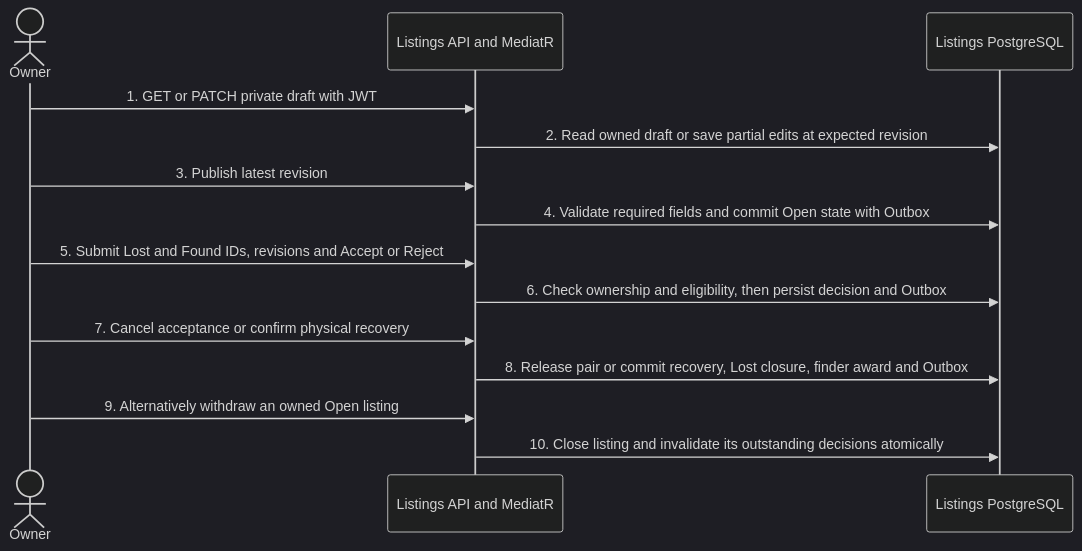
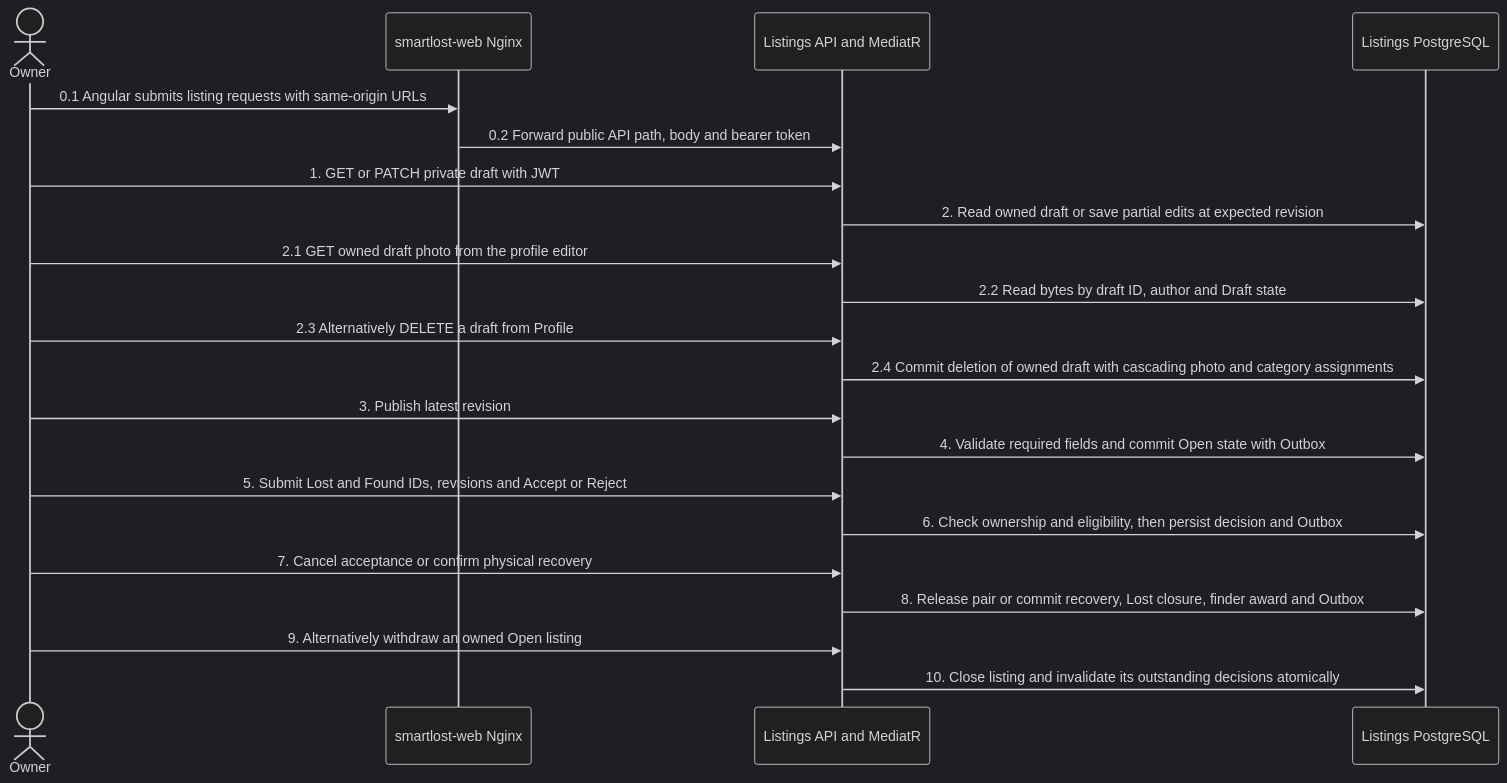
The third of 16 diagrams in src/Services/Listings/COMMUNICATION.md (bogdan-spilevoi/ASET-master-year-1), drawn with Mermaid (dark theme) before and after one commit. The commit also changed other lines of this file and 135 other files, not shown here.

First line of the commit message:
Add Angular web app and listing workflows

````diff
--- a/src/Services/Listings/COMMUNICATION.md
+++ b/src/Services/Listings/COMMUNICATION.md
@@ -12,16 +42,23 @@
 ```mermaid
 sequenceDiagram
     actor Owner
+    participant Web as smartlost-web Nginx
     participant API as Listings API and MediatR
     participant DB as Listings PostgreSQL
+    Owner->>Web: 0.1 Angular submits listing requests with same-origin URLs
+    Web->>API: 0.2 Forward public API path, body and bearer token
     Owner->>API: 1. GET or PATCH private draft with JWT
     API->>DB: 2. Read owned draft or save partial edits at expected revision
+    Owner->>API: 2.1 GET owned draft photo from the profile editor
+    API->>DB: 2.2 Read bytes by draft ID, author and Draft state
+    Owner->>API: 2.3 Alternatively DELETE a draft from Profile
+    API->>DB: 2.4 Commit deletion of owned draft with cascading photo and category assignments
     Owner->>API: 3. Publish latest revision
     API->>DB: 4. Validate required fields and commit Open state with Outbox
     Owner->>API: 5. Submit Lost and Found IDs, revisions and Accept or Reject
     API->>DB: 6. Check ownership and eligibility, then persist decision and Outbox
     Owner->>API: 7. Cancel acceptance or confirm physical recovery
     API->>DB: 8. Release pair or commit recovery, Lost closure, finder award and Outbox
     Owner->>API: 9. Alternatively withdraw an owned Open listing
     API->>DB: 10. Close listing and invalidate its outstanding decisions atomically
 ```
````
